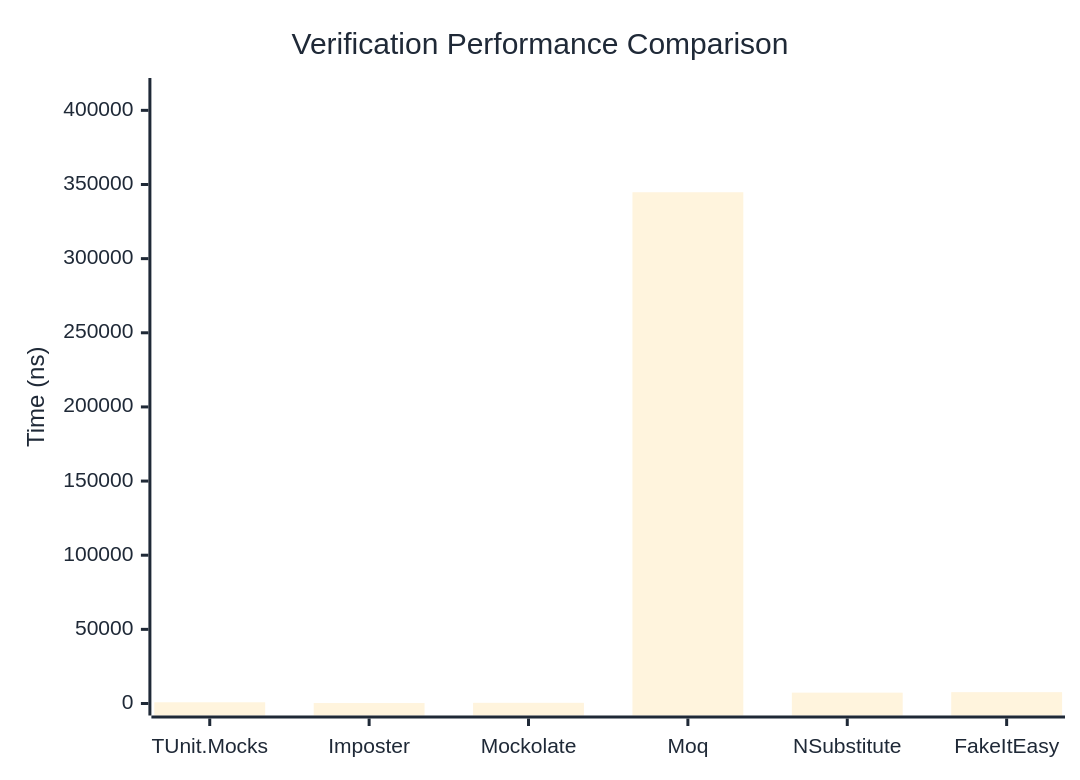
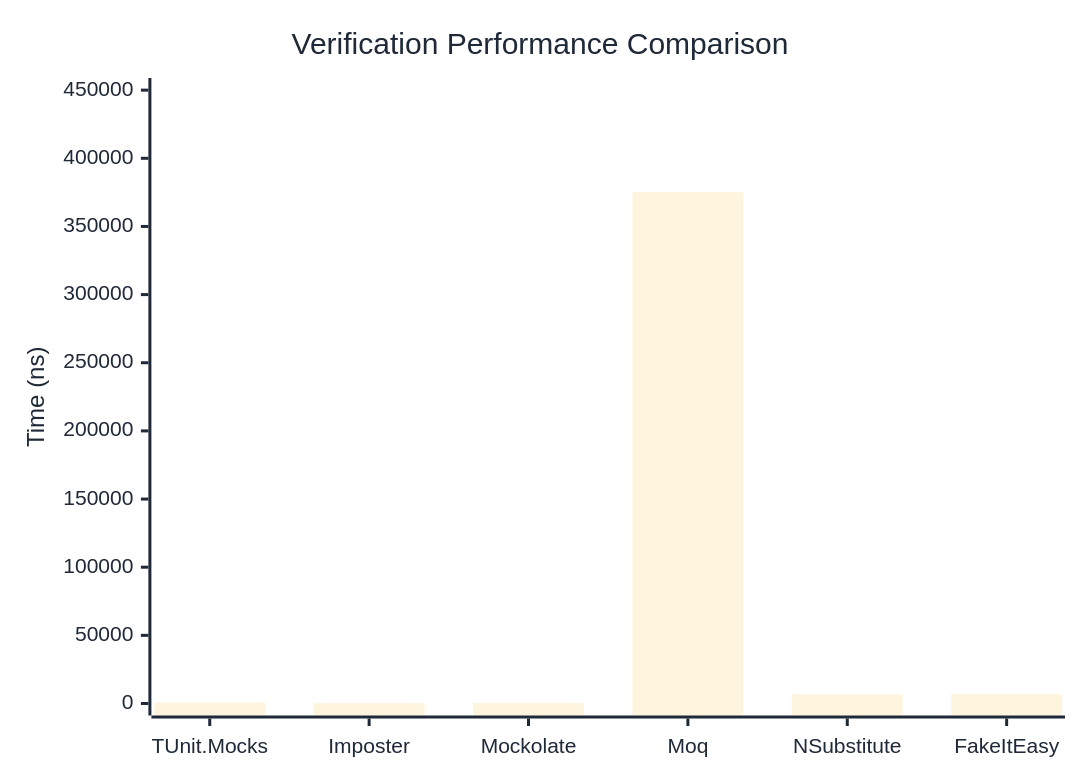
The first of 3 diagrams in docs/docs/benchmarks/mocks/Verification.md (thomhurst/TUnit), drawn with Mermaid before and after one commit. The commit also changed other lines of this file and 14 other files, not shown here.

````diff
--- a/docs/docs/benchmarks/mocks/Verification.md
+++ b/docs/docs/benchmarks/mocks/Verification.md
@@ -30,27 +30,27 @@
 ```mermaid
 %%{init: {
   'theme':'base',
   'themeVariables': {
     'primaryColor': '#2563eb',
     'primaryTextColor': '#1f2937',
     'primaryBorderColor': '#1e40af',
     'lineColor': '#6b7280',
     'secondaryColor': '#7c3aed',
     'tertiaryColor': '#dc2626',
     'background': '#ffffff',
     'pie1': '#2563eb',
     'pie2': '#7c3aed',
     'pie3': '#dc2626',
     'pie4': '#f59e0b',
     'pie5': '#10b981',
     'pie6': '#06b6d4',
     'pie7': '#ec4899',
     'pie8': '#6366f1'
   }
 }}%%
 xychart-beta
   title "Verification Performance Comparison"
   x-axis ["TUnit.Mocks", "Imposter", "Mockolate", "Moq", "NSubstitute", "FakeItEasy"]
-  y-axis "Time (ns)" 0 --> 413723
-  bar [822.43, 306.92, 451.1, 344768.81, 7321.21, 7648.37]
+  y-axis "Time (ns)" 0 --> 450104
+  bar [710.72, 250.47, 375.17, 375086.38, 6731.82, 6953.5]
 ```
````
